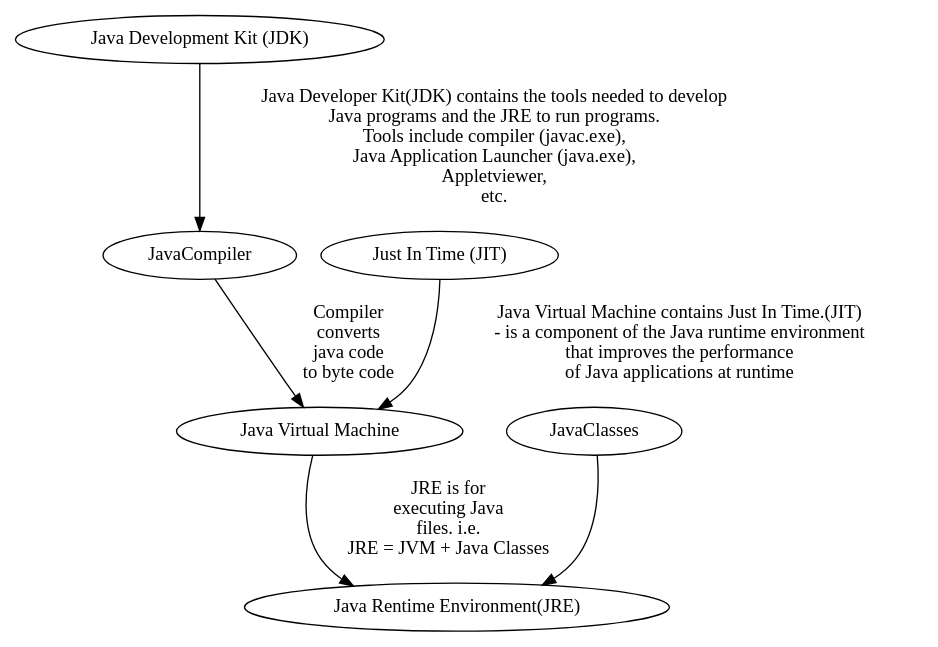
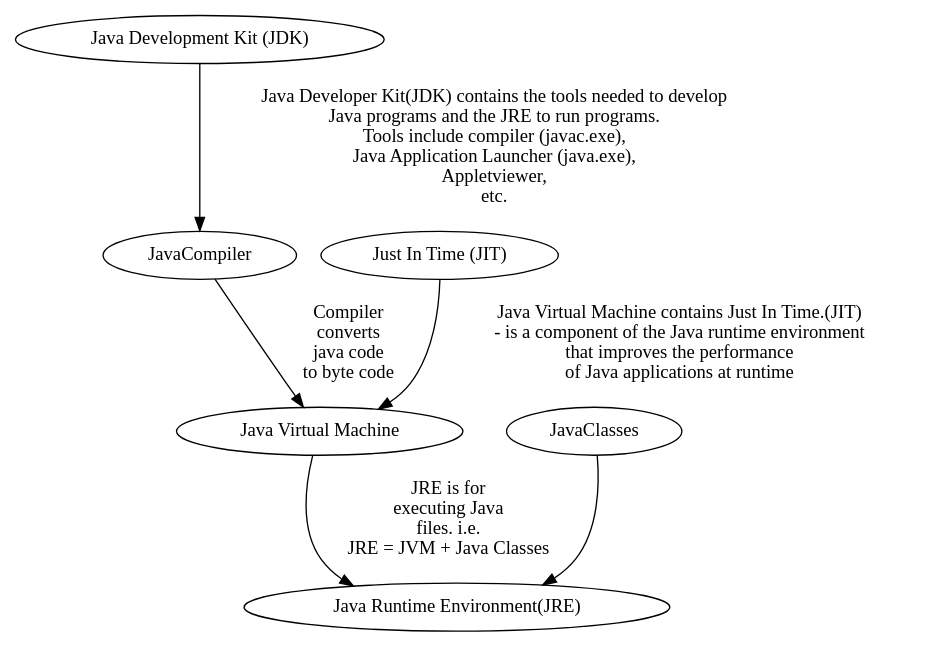
One commit to Broscorp-net/traineeship changed the diagram in module1/src/main/java/net/broscorp/patform/patform.gv. Above: the diagram before and after it, drawn with Graphviz.

Commit message:
patform fix checkstyle

```diff
--- a/module1/src/main/java/net/broscorp/patform/patform.gv
+++ b/module1/src/main/java/net/broscorp/patform/patform.gv
@@ -1,14 +1,14 @@
 digraph G {
 jdk [label = "Java Development Kit (JDK)"]
 JavaCompiler [label = "JavaCompiler"]
 jvm [label = "Java Virtual Machine"]
 jit [label = "Just In Time (JIT)"]
-jre [label = "Java Rentime Environment(JRE)"]
+jre [label = "Java Runtime Environment(JRE)"]
 JavaClasses [label = "JavaClasses"]
 
 jdk->JavaCompiler [label ="Java Developer Kit(JDK) contains the tools needed to develop \n Java programs and the JRE to run programs.\n Tools include compiler (javac.exe), \n Java Application Launcher (java.exe),\n Appletviewer,\n etc."];
 JavaCompiler->jvm [label ="Compiler \n converts \n java code \n to byte code"]
 jit->jvm [label ="Java Virtual Machine contains Just In Time.(JIT)\n - is a component of the Java runtime environment \n that improves the performance \n of Java applications at runtime"];
 jvm->jre [label ="JRE is for \n executing Java \n files. i.e. \n JRE = JVM + Java Classes"];
 JavaClasses -> jre
 }
```
